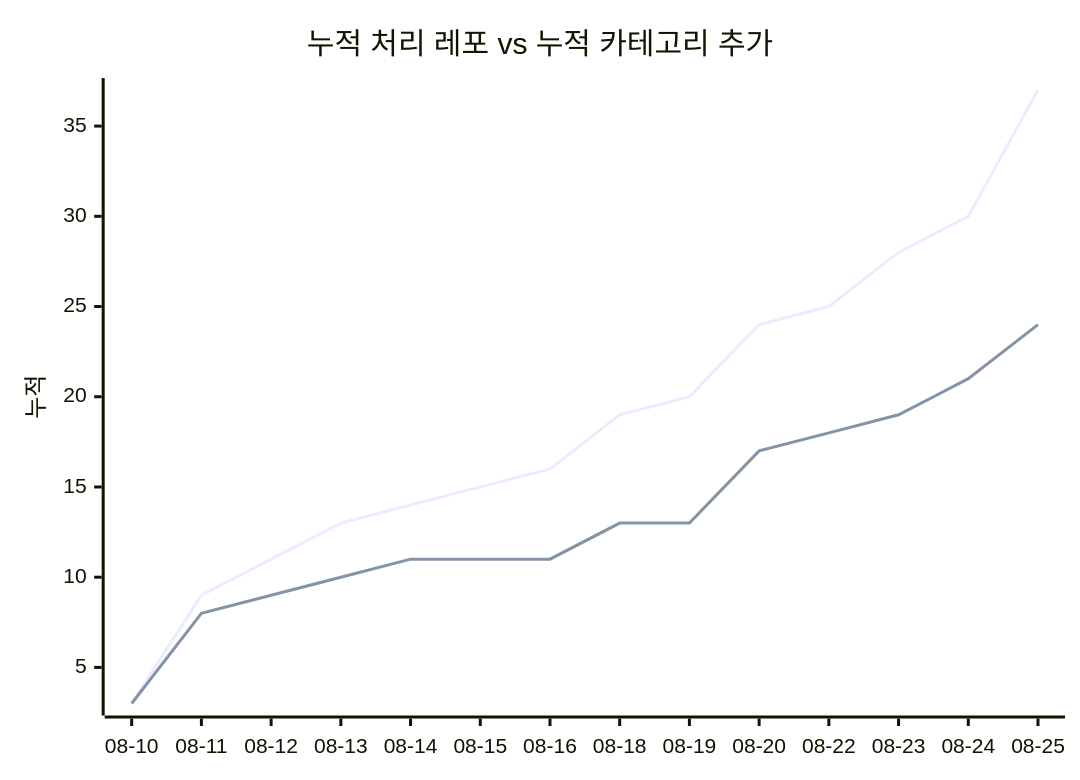
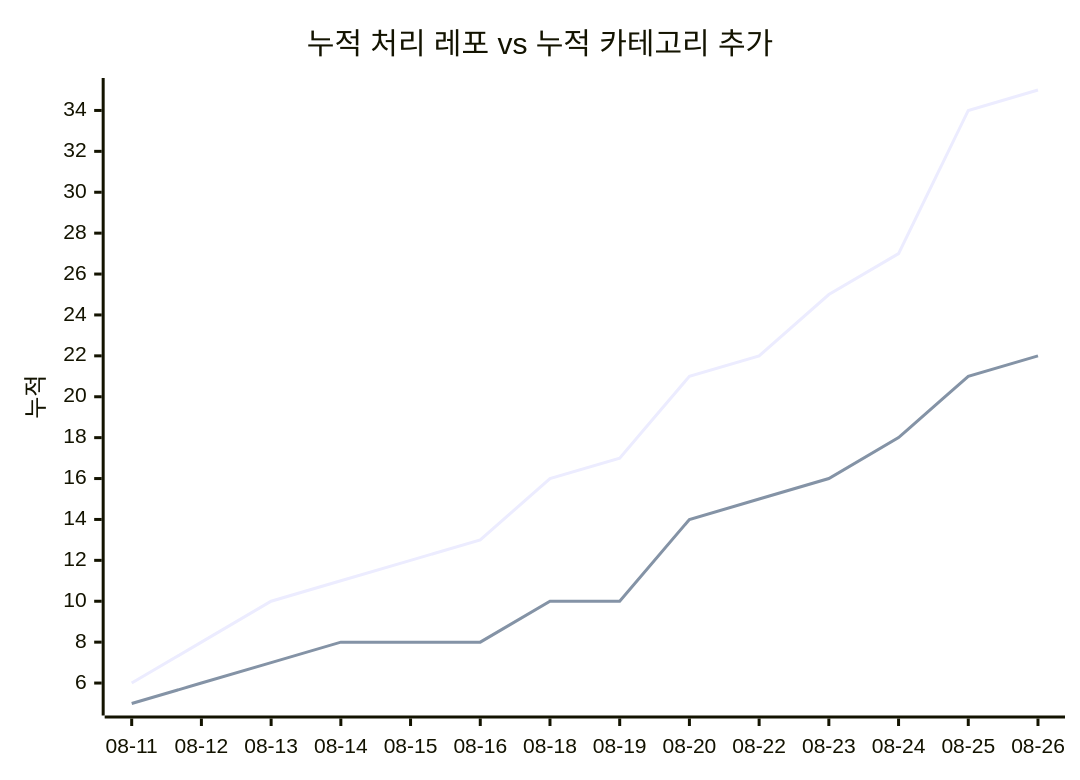
Before and after one commit to J-nowcow/awesome-korean-agent-skills: the second of 2 diagrams in docs/trends.md, drawn with Mermaid. The commit also changed other lines of this file and 4 other files, not shown here.

````diff
--- a/docs/trends.md
+++ b/docs/trends.md
@@ -68,8 +68,8 @@
 ```mermaid
 xychart-beta
     title "누적 처리 레포 vs 누적 카테고리 추가"
-    x-axis ["08-10","08-11","08-12","08-13","08-14","08-15","08-16","08-18","08-19","08-20","08-22","08-23","08-24","08-25"]
+    x-axis ["08-11","08-12","08-13","08-14","08-15","08-16","08-18","08-19","08-20","08-22","08-23","08-24","08-25","08-26"]
     y-axis "누적"
-    line [3,9,11,13,14,15,16,19,20,24,25,28,30,37]
-    line [3,8,9,10,11,11,11,13,13,17,18,19,21,24]
+    line [6,8,10,11,12,13,16,17,21,22,25,27,34,35]
+    line [5,6,7,8,8,8,10,10,14,15,16,18,21,22]
 ```
````
